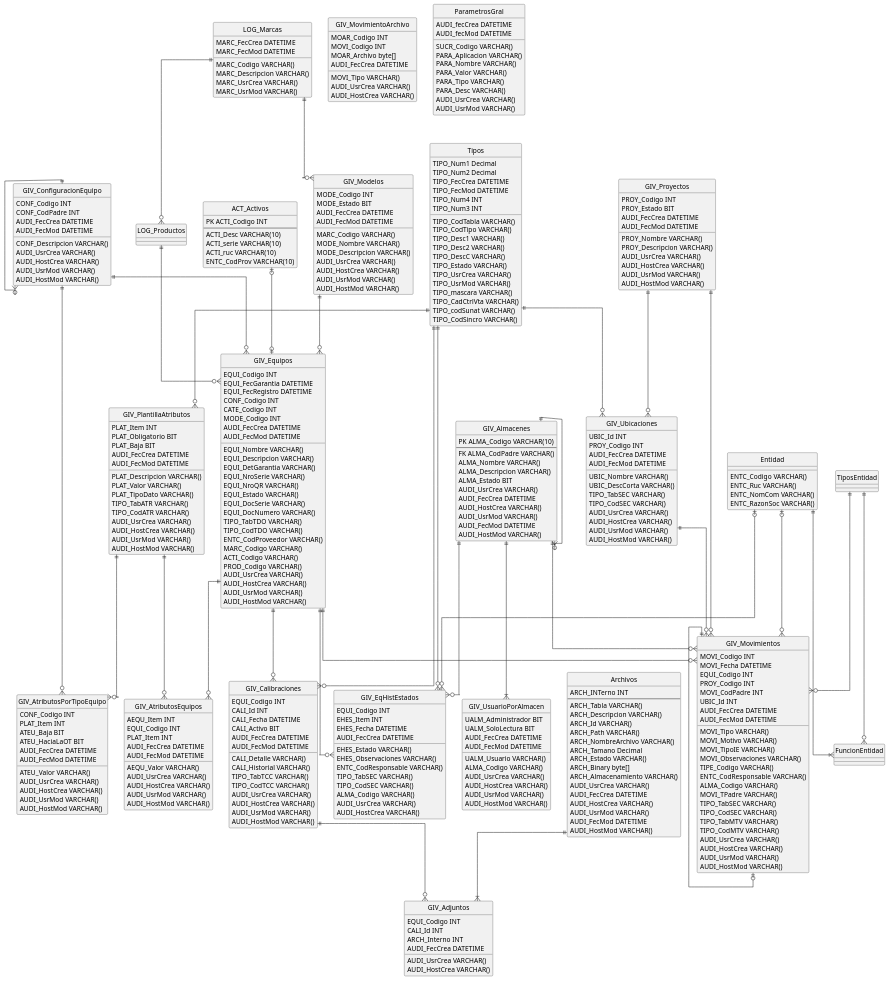
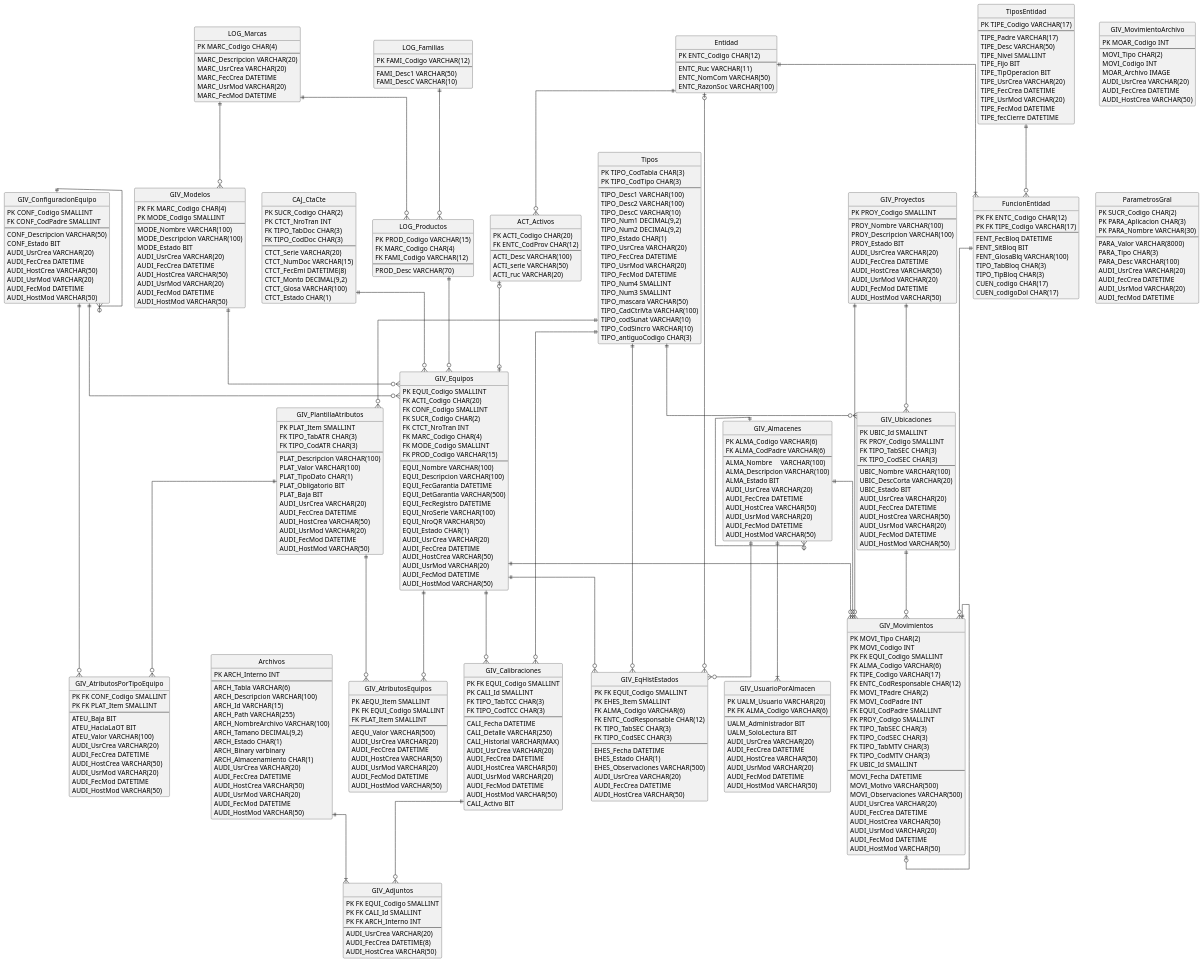
One commit to JordanNoah7/Conquistadores changed the diagram in UML_PlantUML_GIV/EntityRelation/ERApp.puml. Above: the diagram before and after it, drawn with PlantUML.

Commit message:
ERdiagram

```diff
--- a/UML_PlantUML_GIV/EntityRelation/ERApp.puml
+++ b/UML_PlantUML_GIV/EntityRelation/ERApp.puml
@@ -2,329 +2,390 @@
 skinparam Linetype ortho
 hide circle
 
+entity ACT_Activos {
+    PK ACTI_Codigo CHAR(20)
+    FK ENTC_CodProv CHAR(12)
+    --
+    ACTI_Desc VARCHAR(100)
+    ACTI_serie VARCHAR(50)
+    ACTI_ruc VARCHAR(20)
+}
 
-entity ACT_Activos {
-    PK ACTI_Codigo INT
+entity Archivos {
+    PK ARCH_Interno INT
     --
-    ACTI_Desc VARCHAR(10)
-    ACTI_serie VARCHAR(10)
-    ACTI_ruc VARCHAR(10)
-    ENTC_CodProv VARCHAR(10)
+    ARCH_Tabla VARCHAR(6)
+    ARCH_Descripcion VARCHAR(100)
+    ARCH_Id VARCHAR(15)
+    ARCH_Path VARCHAR(255)
+    ARCH_NombreArchivo VARCHAR(100)
+    ARCH_Tamano DECIMAL(9,2)
+    ARCH_Estado CHAR(1)
+    ARCH_Binary varbinary
+    ARCH_Almacenamiento CHAR(1)
+    AUDI_UsrCrea VARCHAR(20)
+    AUDI_FecCrea DATETIME
+    AUDI_HostCrea VARCHAR(50)
+    AUDI_UsrMod VARCHAR(20)
+    AUDI_FecMod DATETIME
+    AUDI_HostMod VARCHAR(50)
+}
+
+entity CAJ_CtaCte {
+    PK SUCR_Codigo CHAR(2)
+    PK CTCT_NroTran INT
+    FK TIPO_TabDoc CHAR(3)
+    FK TIPO_CodDoc CHAR(3)
+    --
+    CTCT_Serie VARCHAR(20)
+    CTCT_NumDoc VARCHAR(15)
+    CTCT_FecEmi DATETIME(8)
+    CTCT_Monto DECIMAL(9,2)
+    CTCT_Glosa VARCHAR(100)
+    CTCT_Estado CHAR(1)
+}
+
+entity Entidad {
+    PK ENTC_Codigo CHAR(12)
+    --
+    ENTC_Ruc VARCHAR(11)
+    ENTC_NomCom VARCHAR(50)
+    ENTC_RazonSoc VARCHAR(100)
+}
+
+entity FuncionEntidad {
+    PK FK ENTC_Codigo CHAR(12)
+    PK FK TIPE_Codigo VARCHAR(17)
+    --
+    FENT_FecBloq DATETIME
+    FENT_SitBloq BIT
+    FENT_GlosaBlq VARCHAR(100)
+    TIPO_TabBloq CHAR(3)
+    TIPO_TipBloq CHAR(3)
+    CUEN_codigo CHAR(17)
+    CUEN_codigoDol CHAR(17)
 }
 
 entity GIV_Adjuntos {
-    EQUI_Codigo INT
-    CALI_Id INT
-    ARCH_Interno INT
-    AUDI_UsrCrea VARCHAR()
-    AUDI_FecCrea DATETIME
-    AUDI_HostCrea VARCHAR()
+    PK FK EQUI_Codigo SMALLINT
+    PK FK CALI_Id SMALLINT
+    PK FK ARCH_Interno INT
+    --
+    AUDI_UsrCrea VARCHAR(20)
+    AUDI_FecCrea DATETIME(8)
+    AUDI_HostCrea VARCHAR(50)
 }
 
 entity GIV_Almacenes {
-    PK ALMA_Codigo VARCHAR(10)
+    PK ALMA_Codigo VARCHAR(6)
+    FK ALMA_CodPadre VARCHAR(6)
     --
-    FK ALMA_CodPadre VARCHAR()
-    ALMA_Nombre VARCHAR()
-    ALMA_Descripcion VARCHAR()
+    ALMA_Nombre	VARCHAR(100)
+    ALMA_Descripcion VARCHAR(100)
     ALMA_Estado BIT
-    AUDI_UsrCrea VARCHAR()
+    AUDI_UsrCrea VARCHAR(20)
     AUDI_FecCrea DATETIME
-    AUDI_HostCrea VARCHAR()
-    AUDI_UsrMod VARCHAR()
+    AUDI_HostCrea VARCHAR(50)
+    AUDI_UsrMod VARCHAR(20)
     AUDI_FecMod DATETIME
-    AUDI_HostMod VARCHAR()
-}
-
-entity Archivos {
-    ARCH_INTerno INT
-    --
-    ARCH_Tabla VARCHAR()
-    ARCH_Descripcion VARCHAR()
-    ARCH_Id VARCHAR()
-    ARCH_Path VARCHAR()
-    ARCH_NombreArchivo VARCHAR()
-    ARCH_Tamano Decimal
-    ARCH_Estado VARCHAR()
-    ARCH_Binary byte[]
-    ARCH_Almacenamiento VARCHAR()
-    AUDI_UsrCrea VARCHAR()
-    AUDI_FecCrea DATETIME
-    AUDI_HostCrea VARCHAR()
-    AUDI_UsrMod VARCHAR()
-    AUDI_FecMod DATETIME
-    AUDI_HostMod VARCHAR()
+    AUDI_HostMod VARCHAR(50)
 }
 
 entity GIV_AtributosEquipos {
-    AEQU_Item INT
-    EQUI_Codigo INT
-    AEQU_Valor VARCHAR()
-    PLAT_Item INT
-    AUDI_UsrCrea VARCHAR()
+    PK AEQU_Item SMALLINT
+    PK FK EQUI_Codigo SMALLINT
+    FK PLAT_Item SMALLINT
+    --
+    AEQU_Valor VARCHAR(500)
+    AUDI_UsrCrea VARCHAR(20)
     AUDI_FecCrea DATETIME
-    AUDI_HostCrea VARCHAR()
-    AUDI_UsrMod VARCHAR()
+    AUDI_HostCrea VARCHAR(50)
+    AUDI_UsrMod VARCHAR(20)
     AUDI_FecMod DATETIME
-    AUDI_HostMod VARCHAR()
+    AUDI_HostMod VARCHAR(50)
 }
 
 entity GIV_AtributosPorTipoEquipo {
-    CONF_Codigo INT
-    PLAT_Item INT
+    PK FK CONF_Codigo SMALLINT
+    PK FK PLAT_Item SMALLINT
+    --
     ATEU_Baja BIT
     ATEU_HaciaLaOT BIT
-    ATEU_Valor VARCHAR()
-    AUDI_UsrCrea VARCHAR()
+    ATEU_Valor VARCHAR(100)
+    AUDI_UsrCrea VARCHAR(20)
     AUDI_FecCrea DATETIME
-    AUDI_HostCrea VARCHAR()
-    AUDI_UsrMod VARCHAR()
+    AUDI_HostCrea VARCHAR(50)
+    AUDI_UsrMod VARCHAR(20)
     AUDI_FecMod DATETIME
-    AUDI_HostMod VARCHAR()
+    AUDI_HostMod VARCHAR(50)
 }
 
 entity GIV_Calibraciones {
-    EQUI_Codigo INT
-    CALI_Id INT
+    PK FK EQUI_Codigo SMALLINT
+    PK CALI_Id SMALLINT
+    FK TIPO_TabTCC CHAR(3)
+    FK TIPO_CodTCC CHAR(3)
+    --
     CALI_Fecha DATETIME
-    CALI_Detalle VARCHAR()
-    CALI_Historial VARCHAR()
+    CALI_Detalle VARCHAR(250)
+    CALI_Historial VARCHAR(MAX)
+    AUDI_UsrCrea VARCHAR(20)
+    AUDI_FecCrea DATETIME
+    AUDI_HostCrea VARCHAR(50)
+    AUDI_UsrMod VARCHAR(20)
+    AUDI_FecMod DATETIME
+    AUDI_HostMod VARCHAR(50)
     CALI_Activo BIT
-    TIPO_TabTCC VARCHAR()
-    TIPO_CodTCC VARCHAR()
-    AUDI_UsrCrea VARCHAR()
-    AUDI_FecCrea DATETIME
-    AUDI_HostCrea VARCHAR()
-    AUDI_UsrMod VARCHAR()
-    AUDI_FecMod DATETIME
-    AUDI_HostMod VARCHAR()
 }
 
 entity GIV_ConfiguracionEquipo {
-    CONF_Codigo INT
-    CONF_CodPadre INT
-    CONF_Descripcion VARCHAR()
-    AUDI_UsrCrea VARCHAR()
+    PK CONF_Codigo SMALLINT
+    FK CONF_CodPadre SMALLINT
+    --
+    CONF_Descripcion VARCHAR(50)
+    CONF_Estado BIT
+    AUDI_UsrCrea VARCHAR(20)
     AUDI_FecCrea DATETIME
-    AUDI_HostCrea VARCHAR()
-    AUDI_UsrMod VARCHAR()
+    AUDI_HostCrea VARCHAR(50)
+    AUDI_UsrMod VARCHAR(20)
     AUDI_FecMod DATETIME
-    AUDI_HostMod VARCHAR()
-}
-
-entity Entidad {
-    ENTC_Codigo VARCHAR()
-    ENTC_Ruc VARCHAR()
-    ENTC_NomCom VARCHAR()
-    ENTC_RazonSoc VARCHAR()
+    AUDI_HostMod VARCHAR(50)
 }
 
 entity GIV_EqHistEstados {
-    EQUI_Codigo INT
-    EHES_Item INT
+    PK FK EQUI_Codigo SMALLINT
+    PK EHES_Item SMALLINT
+    FK ALMA_Codigo VARCHAR(6)
+    FK ENTC_CodResponsable CHAR(12)
+    FK TIPO_TabSEC CHAR(3)
+    FK TIPO_CodSEC CHAR(3)
+    --
     EHES_Fecha DATETIME
-    EHES_Estado VARCHAR()
-    EHES_Observaciones VARCHAR()
-    ENTC_CodResponsable VARCHAR()
-    TIPO_TabSEC VARCHAR()
-    TIPO_CodSEC VARCHAR()
-    ALMA_Codigo VARCHAR()
-    AUDI_UsrCrea VARCHAR()
+    EHES_Estado CHAR(1)
+    EHES_Observaciones VARCHAR(500)
+    AUDI_UsrCrea VARCHAR(20)
     AUDI_FecCrea DATETIME
-    AUDI_HostCrea VARCHAR()
+    AUDI_HostCrea VARCHAR(50)
 }
 
 entity GIV_Equipos {
-    EQUI_Codigo INT
-    EQUI_Nombre VARCHAR()
-    EQUI_Descripcion VARCHAR()
+    PK EQUI_Codigo SMALLINT
+    FK ACTI_Codigo CHAR(20)
+    FK CONF_Codigo SMALLINT
+    FK SUCR_Codigo CHAR(2)
+    FK CTCT_NroTran INT
+    FK MARC_Codigo CHAR(4)
+    FK MODE_Codigo SMALLINT
+    FK PROD_Codigo VARCHAR(15)
+    --
+    EQUI_Nombre VARCHAR(100)
+    EQUI_Descripcion VARCHAR(100)
     EQUI_FecGarantia DATETIME
-    EQUI_DetGarantia VARCHAR()
+    EQUI_DetGarantia VARCHAR(500)
     EQUI_FecRegistro DATETIME
-    EQUI_NroSerie VARCHAR()
-    EQUI_NroQR VARCHAR()
-    EQUI_Estado VARCHAR()
-    EQUI_DocSerie VARCHAR()
-    EQUI_DocNumero VARCHAR()
-    TIPO_TabTDO VARCHAR()
-    TIPO_CodTDO VARCHAR()
-    ENTC_CodProveedor VARCHAR()
-    CONF_Codigo INT
-    CATE_Codigo INT
-    MARC_Codigo VARCHAR()
-    MODE_Codigo INT
-    ACTI_Codigo VARCHAR()
-    PROD_Codigo VARCHAR()
-    AUDI_UsrCrea VARCHAR()
+    EQUI_NroSerie VARCHAR(100)
+    EQUI_NroQR VARCHAR(50)
+    EQUI_Estado CHAR(1)
+    AUDI_UsrCrea VARCHAR(20)
     AUDI_FecCrea DATETIME
-    AUDI_HostCrea VARCHAR()
-    AUDI_UsrMod VARCHAR()
+    AUDI_HostCrea VARCHAR(50)
+    AUDI_UsrMod VARCHAR(20)
     AUDI_FecMod DATETIME
-    AUDI_HostMod VARCHAR()
+    AUDI_HostMod VARCHAR(50)
+}
+
+entity GIV_Modelos {
+    PK FK MARC_Codigo CHAR(4)
+    PK MODE_Codigo SMALLINT
+    --
+    MODE_Nombre VARCHAR(100)
+    MODE_Descripcion VARCHAR(100)
+    MODE_Estado BIT
+    AUDI_UsrCrea VARCHAR(20)
+    AUDI_FecCrea DATETIME
+    AUDI_HostCrea VARCHAR(50)
+    AUDI_UsrMod VARCHAR(20)
+    AUDI_FecMod DATETIME
+    AUDI_HostMod VARCHAR(50)
+}
+
+entity GIV_MovimientoArchivo {
+    PK MOAR_Codigo INT
+    --
+    MOVI_Tipo CHAR(2)
+    MOVI_Codigo INT
+    MOAR_Archivo IMAGE
+    AUDI_UsrCrea VARCHAR(20)
+    AUDI_FecCrea DATETIME
+    AUDI_HostCrea VARCHAR(50)
+}
+
+entity GIV_Movimientos {
+    PK MOVI_Tipo CHAR(2)
+    PK MOVI_Codigo INT
+    PK FK EQUI_Codigo SMALLINT
+    FK ALMA_Codigo VARCHAR(6)
+    FK TIPE_Codigo VARCHAR(17)
+    FK ENTC_CodResponsable CHAR(12)
+    FK MOVI_TPadre CHAR(2)
+    FK MOVI_CodPadre INT
+    FK EQUI_CodPadre SMALLINT
+    FK PROY_Codigo SMALLINT
+    FK TIPO_TabSEC CHAR(3)
+    FK TIPO_CodSEC CHAR(3)
+    FK TIPO_TabMTV CHAR(3)
+    FK TIPO_CodMTV CHAR(3)
+    FK UBIC_Id SMALLINT
+    --
+    MOVI_Fecha DATETIME
+    MOVI_Motivo VARCHAR(500)
+    MOVI_Observaciones VARCHAR(500)
+    AUDI_UsrCrea VARCHAR(20)
+    AUDI_FecCrea DATETIME
+    AUDI_HostCrea VARCHAR(50)
+    AUDI_UsrMod VARCHAR(20)
+    AUDI_FecMod DATETIME
+    AUDI_HostMod VARCHAR(50)
+}
+
+entity GIV_PlantillaAtributos {
+    PK PLAT_Item SMALLINT
+    FK TIPO_TabATR CHAR(3)
+    FK TIPO_CodATR CHAR(3)
+    --
+    PLAT_Descripcion VARCHAR(100)
+    PLAT_Valor VARCHAR(100)
+    PLAT_TipoDato CHAR(1)
+    PLAT_Obligatorio BIT
+    PLAT_Baja BIT
+    AUDI_UsrCrea VARCHAR(20)
+    AUDI_FecCrea DATETIME
+    AUDI_HostCrea VARCHAR(50)
+    AUDI_UsrMod VARCHAR(20)
+    AUDI_FecMod DATETIME
+    AUDI_HostMod VARCHAR(50)
+}
+
+entity GIV_Proyectos {
+    PK PROY_Codigo SMALLINT
+    --
+    PROY_Nombre VARCHAR(100)
+    PROY_Descripcion VARCHAR(100)
+    PROY_Estado BIT
+    AUDI_UsrCrea VARCHAR(20)
+    AUDI_FecCrea DATETIME
+    AUDI_HostCrea VARCHAR(50)
+    AUDI_UsrMod VARCHAR(20)
+    AUDI_FecMod DATETIME
+    AUDI_HostMod VARCHAR(50)
+}
+
+entity GIV_Ubicaciones {
+    PK UBIC_Id SMALLINT
+    FK PROY_Codigo SMALLINT
+    FK TIPO_TabSEC CHAR(3)
+    FK TIPO_CodSEC CHAR(3)
+    --
+    UBIC_Nombre VARCHAR(100)
+    UBIC_DescCorta VARCHAR(20)
+    UBIC_Estado BIT
+    AUDI_UsrCrea VARCHAR(20)
+    AUDI_FecCrea DATETIME
+    AUDI_HostCrea VARCHAR(50)
+    AUDI_UsrMod VARCHAR(20)
+    AUDI_FecMod DATETIME
+    AUDI_HostMod VARCHAR(50)
+}
+
+entity GIV_UsuarioPorAlmacen {
+    PK UALM_Usuario VARCHAR(20)
+    PK FK ALMA_Codigo VARCHAR(6)
+    --
+    UALM_Administrador BIT
+    UALM_SoloLectura BIT
+    AUDI_UsrCrea VARCHAR(20)
+    AUDI_FecCrea DATETIME
+    AUDI_HostCrea VARCHAR(50)
+    AUDI_UsrMod VARCHAR(20)
+    AUDI_FecMod DATETIME
+    AUDI_HostMod VARCHAR(50)
+}
+
+entity LOG_Familias {
+    PK FAMI_Codigo VARCHAR(12)
+    --
+    FAMI_Desc1 VARCHAR(50)
+    FAMI_DescC VARCHAR(10)
 }
 
 entity LOG_Marcas {
-    MARC_Codigo VARCHAR()
-    MARC_Descripcion VARCHAR()
-    MARC_UsrCrea VARCHAR()
+    PK MARC_Codigo CHAR(4)
+    --
+    MARC_Descripcion VARCHAR(20)
+    MARC_UsrCrea VARCHAR(20)
     MARC_FecCrea DATETIME
-    MARC_UsrMod VARCHAR()
+    MARC_UsrMod VARCHAR(20)
     MARC_FecMod DATETIME
 }
 
-entity GIV_Modelos {
-    MODE_Codigo INT
-    MARC_Codigo VARCHAR()
-    MODE_Nombre VARCHAR()
-    MODE_Descripcion VARCHAR()
-    MODE_Estado BIT
-    AUDI_UsrCrea VARCHAR()
-    AUDI_FecCrea DATETIME
-    AUDI_HostCrea VARCHAR()
-    AUDI_UsrMod VARCHAR()
-    AUDI_FecMod DATETIME
-    AUDI_HostMod VARCHAR()
-}
-
-entity GIV_MovimientoArchivo {
-    MOAR_Codigo INT
-    MOVI_Tipo VARCHAR()
-    MOVI_Codigo INT
-    MOAR_Archivo byte[]
-    AUDI_UsrCrea VARCHAR()
-    AUDI_FecCrea DATETIME
-    AUDI_HostCrea VARCHAR()
-}
-
-entity GIV_Movimientos {
-    MOVI_Tipo VARCHAR()
-    MOVI_Codigo INT
-    MOVI_Fecha DATETIME
-    MOVI_Motivo VARCHAR()
-    MOVI_TipoIE VARCHAR()
-    MOVI_Observaciones VARCHAR()
-    TIPE_Codigo VARCHAR()
-    ENTC_CodResponsable VARCHAR()
-    EQUI_Codigo INT
-    ALMA_Codigo VARCHAR()
-    PROY_Codigo INT
-    MOVI_TPadre VARCHAR()
-    MOVI_CodPadre INT
-    TIPO_TabSEC VARCHAR()
-    TIPO_CodSEC VARCHAR()
-    TIPO_TabMTV VARCHAR()
-    TIPO_CodMTV VARCHAR()
-    UBIC_Id INT
-    AUDI_UsrCrea VARCHAR()
-    AUDI_FecCrea DATETIME
-    AUDI_HostCrea VARCHAR()
-    AUDI_UsrMod VARCHAR()
-    AUDI_FecMod DATETIME
-    AUDI_HostMod VARCHAR()
+entity LOG_Productos {
+    PK PROD_Codigo VARCHAR(15)
+    FK MARC_Codigo CHAR(4)
+    FK FAMI_Codigo VARCHAR(12)
+    --
+    PROD_Desc VARCHAR(70)
 }
 
 entity ParametrosGral {
-    SUCR_Codigo VARCHAR()
-    PARA_Aplicacion VARCHAR()
-    PARA_Nombre VARCHAR()
-    PARA_Valor VARCHAR()
-    PARA_Tipo VARCHAR()
-    PARA_Desc VARCHAR()
-    AUDI_UsrCrea VARCHAR()
+    PK SUCR_Codigo CHAR(2)
+    PK PARA_Aplicacion CHAR(3)
+    PK PARA_Nombre VARCHAR(30)
+    --
+    PARA_Valor VARCHAR(8000)
+    PARA_Tipo CHAR(3)
+    PARA_Desc VARCHAR(100)
+    AUDI_UsrCrea VARCHAR(20)
     AUDI_fecCrea DATETIME
-    AUDI_UsrMod VARCHAR()
+    AUDI_UsrMod VARCHAR(20)
     AUDI_fecMod DATETIME
 }
 
-entity GIV_PlantillaAtributos {
-    PLAT_Item INT
-    PLAT_Descripcion VARCHAR()
-    PLAT_Valor VARCHAR()
-    PLAT_TipoDato VARCHAR()
-    PLAT_Obligatorio BIT
-    PLAT_Baja BIT
-    TIPO_TabATR VARCHAR()
-    TIPO_CodATR VARCHAR()
-    AUDI_UsrCrea VARCHAR()
-    AUDI_FecCrea DATETIME
-    AUDI_HostCrea VARCHAR()
-    AUDI_UsrMod VARCHAR()
-    AUDI_FecMod DATETIME
-    AUDI_HostMod VARCHAR()
-}
-
-entity GIV_Proyectos {
-    PROY_Codigo INT
-    PROY_Nombre VARCHAR()
-    PROY_Descripcion VARCHAR()
-    PROY_Estado BIT
-    AUDI_UsrCrea VARCHAR()
-    AUDI_FecCrea DATETIME
-    AUDI_HostCrea VARCHAR()
-    AUDI_UsrMod VARCHAR()
-    AUDI_FecMod DATETIME
-    AUDI_HostMod VARCHAR()
-}
-
 entity Tipos {
-    TIPO_CodTabla VARCHAR()
-    TIPO_CodTipo VARCHAR()
-    TIPO_Desc1 VARCHAR()
-    TIPO_Desc2 VARCHAR()
-    TIPO_DescC VARCHAR()
-    TIPO_Num1 Decimal
-    TIPO_Num2 Decimal
-    TIPO_Estado VARCHAR()
-    TIPO_UsrCrea VARCHAR()
+    PK TIPO_CodTabla CHAR(3)
+    PK TIPO_CodTipo CHAR(3)
+    --
+    TIPO_Desc1 VARCHAR(100)
+    TIPO_Desc2 VARCHAR(100)
+    TIPO_DescC VARCHAR(10)
+    TIPO_Num1 DECIMAL(9,2)
+    TIPO_Num2 DECIMAL(9,2)
+    TIPO_Estado CHAR(1)
+    TIPO_UsrCrea VARCHAR(20)
     TIPO_FecCrea DATETIME
-    TIPO_UsrMod VARCHAR()
+    TIPO_UsrMod VARCHAR(20)
     TIPO_FecMod DATETIME
-    TIPO_Num4 INT
-    TIPO_Num3 INT
-    TIPO_mascara VARCHAR()
-    TIPO_CadCtrlVta VARCHAR()
-    TIPO_codSunat VARCHAR()
-    TIPO_CodSincro VARCHAR()
-}
-
-entity GIV_Ubicaciones {
-    UBIC_Id INT
-    UBIC_Nombre VARCHAR()
-    UBIC_DescCorta VARCHAR()
-    PROY_Codigo INT
-    TIPO_TabSEC VARCHAR()
-    TIPO_CodSEC VARCHAR()
-    AUDI_UsrCrea VARCHAR()
-    AUDI_FecCrea DATETIME
-    AUDI_HostCrea VARCHAR()
-    AUDI_UsrMod VARCHAR()
-    AUDI_FecMod DATETIME
-    AUDI_HostMod VARCHAR()
-}
-
-entity GIV_UsuarioPorAlmacen {
-    UALM_Usuario VARCHAR()
-    UALM_Administrador BIT
-    UALM_SoloLectura BIT
-    ALMA_Codigo VARCHAR()
-    AUDI_UsrCrea VARCHAR()
-    AUDI_FecCrea DATETIME
-    AUDI_HostCrea VARCHAR()
-    AUDI_UsrMod VARCHAR()
-    AUDI_FecMod DATETIME
-    AUDI_HostMod VARCHAR()
-}
-
-entity FuncionEntidad {
-
+    TIPO_Num4 SMALLINT
+    TIPO_Num3 SMALLINT
+    TIPO_mascara VARCHAR(50)
+    TIPO_CadCtrlVta VARCHAR(100)
+    TIPO_codSunat VARCHAR(10)
+    TIPO_CodSincro VARCHAR(10)
+    TIPO_antiguoCodigo CHAR(3)
 }
 
 entity TiposEntidad {
-
-}
-
-entity LOG_Productos {
-
+    PK TIPE_Codigo VARCHAR(17)
+    --
+    TIPE_Padre VARCHAR(17)
+    TIPE_Desc VARCHAR(50)
+    TIPE_Nivel SMALLINT
+    TIPE_Fijo BIT
+    TIPE_TipOperacion BIT
+    TIPE_UsrCrea VARCHAR(20)
+    TIPE_FecCrea DATETIME
+    TIPE_UsrMod VARCHAR(20)
+    TIPE_FecMod DATETIME
+    TIPE_fecCierre DATETIME
 }
 
 Archivos ||--|{ GIV_Adjuntos
@@ -332,9 +393,9 @@
 Tipos ||--o{ GIV_Calibraciones
 GIV_Equipos ||--o{ GIV_Calibraciones
 TiposEntidad ||--o{ FuncionEntidad
-TiposEntidad ||--o{ GIV_Movimientos
+' TiposEntidad ||--o{ GIV_Movimientos
 Entidad ||--|{ FuncionEntidad
-Entidad |o--o{ GIV_Movimientos
+' Entidad |o--o{ GIV_Movimientos
 Entidad |o--o{ GIV_EqHistEstados
 GIV_Almacenes ||--|{ GIV_UsuarioPorAlmacen
 GIV_Almacenes ||--o{ GIV_Almacenes
@@ -349,6 +410,7 @@
 GIV_Movimientos ||--o| GIV_Movimientos
 GIV_Equipos ||--o{ GIV_Movimientos
 ACT_Activos |o--o| GIV_Equipos
+Entidad ||--o{ ACT_Activos
 LOG_Productos ||--o{ GIV_Equipos
 LOG_Marcas ||--o{ LOG_Productos
 LOG_Marcas ||--o{ GIV_Modelos
@@ -360,4 +422,9 @@
 GIV_ConfiguracionEquipo ||--o{ GIV_Equipos
 GIV_ConfiguracionEquipo ||--o{ GIV_ConfiguracionEquipo
 GIV_ConfiguracionEquipo ||--o{ GIV_AtributosPorTipoEquipo
+CAJ_CtaCte ||--o{ GIV_Equipos
+FuncionEntidad ||--o{ GIV_Movimientos
+LOG_Familias ||--o{ LOG_Productos
+
+GIV_MovimientoArchivo -[hidden]-> ParametrosGral
 @enduml
```
